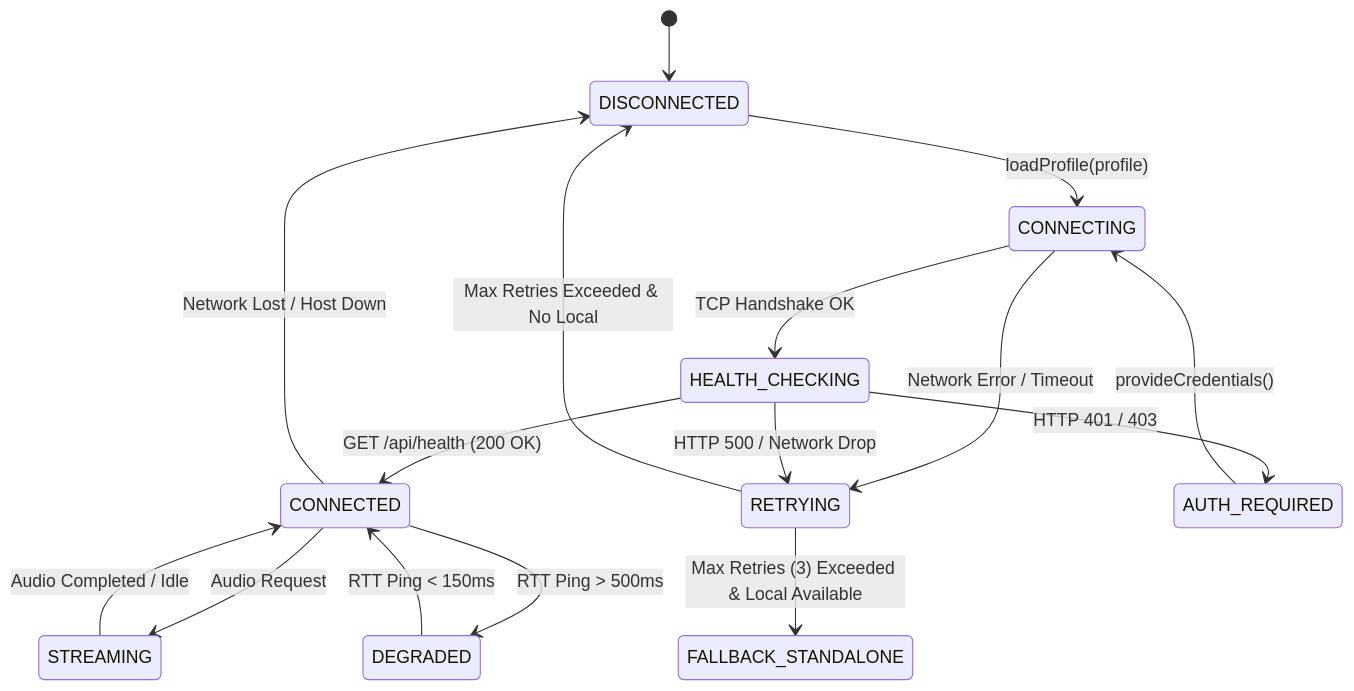
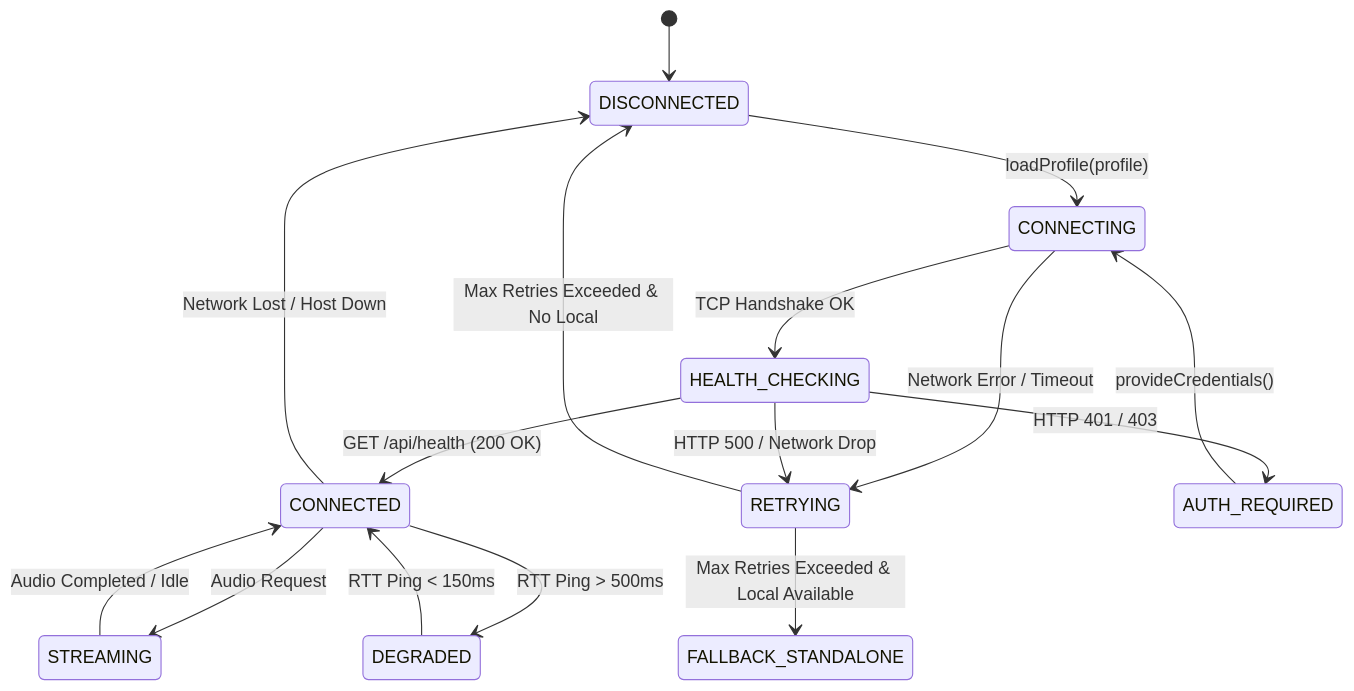
Before and after one commit to tamld/tuneflow: the second of 2 diagrams in docs/spec/SPEC-0013-tri-mode-deployment-and-remote-client-architecture.md, drawn with Mermaid. The commit also changed other lines of this file and 2 other files, not shown here.

Commit message:
docs(spec,adr): generalize Mode 2 to storage-agnostic and platform-neutral headless server architecture

````diff
--- a/docs/spec/SPEC-0013-tri-mode-deployment-and-remote-client-architecture.md
+++ b/docs/spec/SPEC-0013-tri-mode-deployment-and-remote-client-architecture.md
@@ -106,23 +106,23 @@
 ```mermaid
 stateDiagram-v2
     [*] --> DISCONNECTED
     DISCONNECTED --> CONNECTING: loadProfile(profile)
     CONNECTING --> HEALTH_CHECKING: TCP Handshake OK
     CONNECTING --> RETRYING: Network Error / Timeout
     
     HEALTH_CHECKING --> CONNECTED: GET /api/health (200 OK)
     HEALTH_CHECKING --> AUTH_REQUIRED: HTTP 401 / 403
     HEALTH_CHECKING --> RETRYING: HTTP 500 / Network Drop
     
     AUTH_REQUIRED --> CONNECTING: provideCredentials()
     
     CONNECTED --> STREAMING: Audio Request
     STREAMING --> CONNECTED: Audio Completed / Idle
     
     CONNECTED --> DEGRADED: RTT Ping > 500ms
     DEGRADED --> CONNECTED: RTT Ping < 150ms
     
     CONNECTED --> DISCONNECTED: Network Lost / Host Down
-    RETRYING --> FALLBACK_STANDALONE: Max Retries (3) Exceeded & Local Available
+    RETRYING --> FALLBACK_STANDALONE: Max Retries Exceeded & Local Available
     RETRYING --> DISCONNECTED: Max Retries Exceeded & No Local
 ```
````
